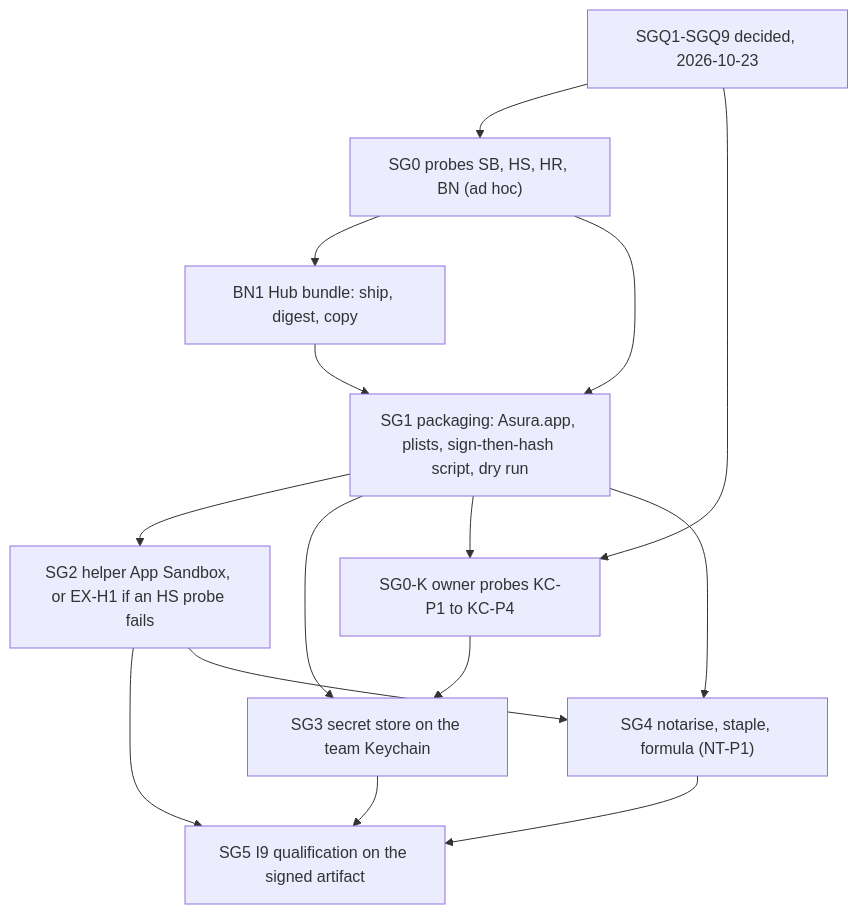
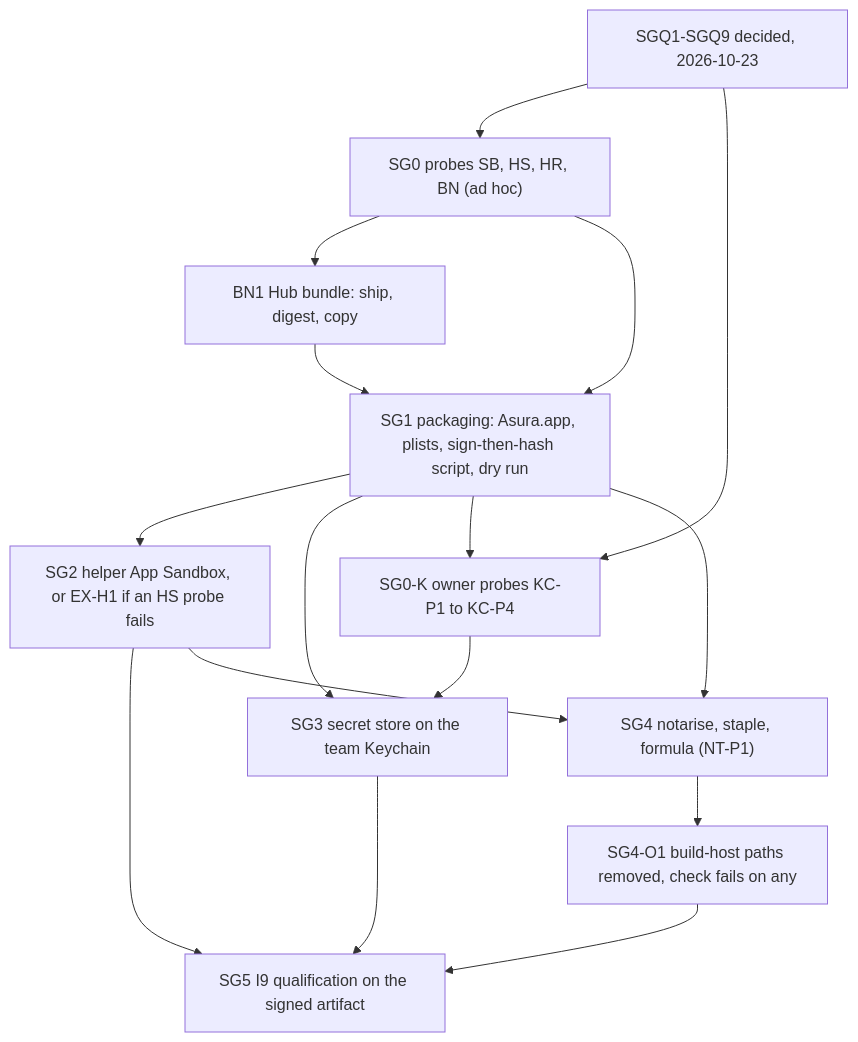
Before and after one commit to pidster/asura: diagram 13 of 14 in docs/designs/release-signing.md, drawn with Mermaid. The commit also changed other lines of this file, not shown here.

First line of the commit message:
Design the build-host path removal and its check (SG4-O1)

````diff
--- a/docs/designs/release-signing.md
+++ b/docs/designs/release-signing.md
@@ -1723,17 +1840,18 @@
 ```mermaid
 flowchart TD
     Q["SGQ1-SGQ9 decided, 2026-10-23"] --> SG0
     Q --> SG0K
     SG0["SG0 probes SB, HS, HR, BN (ad hoc)"] --> BN1
     BN1["BN1 Hub bundle: ship, digest, copy"] --> SG1
     SG0 --> SG1
     SG1["SG1 packaging: Asura.app, plists, sign-then-hash script, dry run"] --> SG2
     SG1 --> SG3
     SG1 --> SG0K
     SG0K["SG0-K owner probes KC-P1 to KC-P4"] --> SG3
     SG2["SG2 helper App Sandbox, or EX-H1 if an HS probe fails"] --> SG5
     SG3["SG3 secret store on the team Keychain"] --> SG5
     SG1 --> SG4["SG4 notarise, staple, formula (NT-P1)"]
     SG2 --> SG4
-    SG4 --> SG5["SG5 I9 qualification on the signed artifact"]
+    SG4 --> O1["SG4-O1 build-host paths removed, check fails on any"]
+    O1 --> SG5["SG5 I9 qualification on the signed artifact"]
 ```
````
